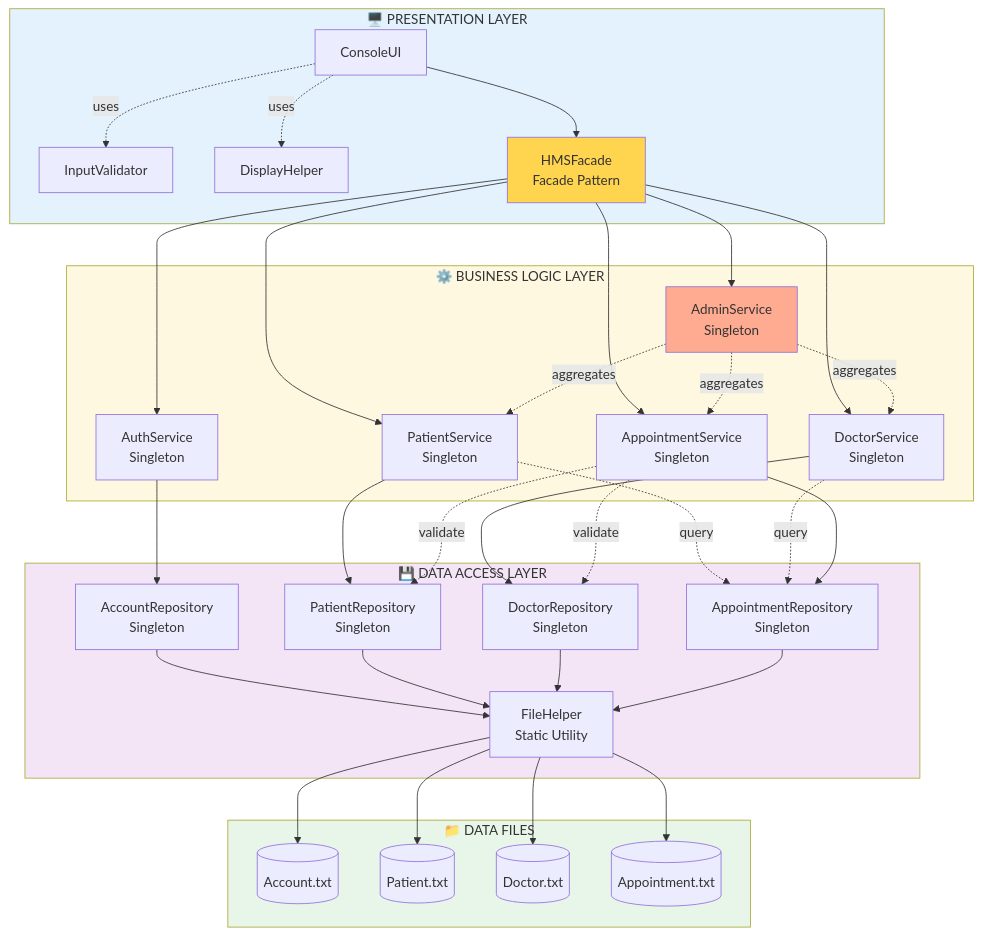
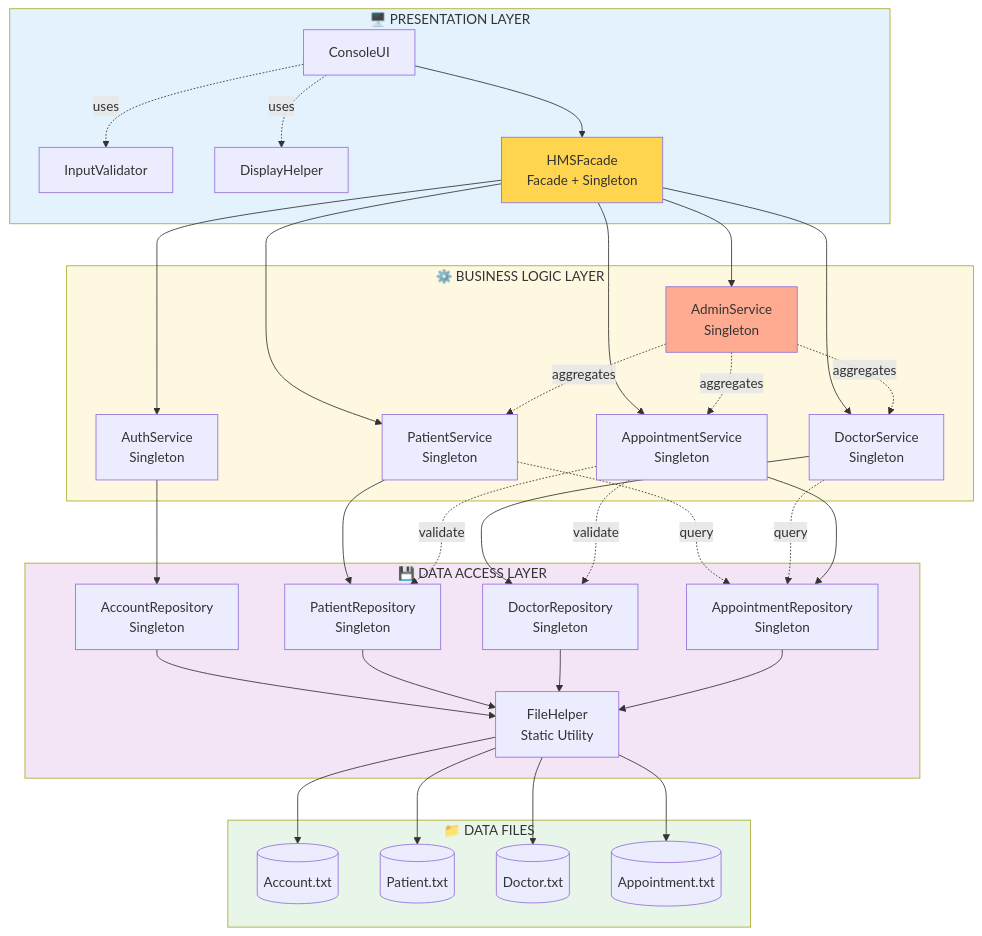
The diagram in docs/diagrams/architecture-overview.md (Zed-28-01/Hospital_Management_Project), drawn with Mermaid before and after one commit. The commit also changed other lines of this file and 2 other files, not shown here.

````diff
--- a/docs/diagrams/architecture-overview.md
+++ b/docs/diagrams/architecture-overview.md
@@ -10,82 +10,82 @@
 ```mermaid
 graph TB
     subgraph UI["🖥️ PRESENTATION LAYER"]
         ConsoleUI[ConsoleUI]
         InputValidator[InputValidator]
         DisplayHelper[DisplayHelper]
 
         ConsoleUI -.uses.-> InputValidator
         ConsoleUI -.uses.-> DisplayHelper
 
-        Facade[HMSFacade<br/>Facade Pattern]
+        Facade[HMSFacade<br/>Facade + Singleton]
         ConsoleUI --> Facade
     end
 
     subgraph BLL["⚙️ BUSINESS LOGIC LAYER"]
         AuthService[AuthService<br/>Singleton]
         PatientService[PatientService<br/>Singleton]
         DoctorService[DoctorService<br/>Singleton]
         AppointmentService[AppointmentService<br/>Singleton]
         AdminService[AdminService<br/>Singleton]
     end
 
     subgraph DAL["💾 DATA ACCESS LAYER"]
         AccountRepo[AccountRepository<br/>Singleton]
         PatientRepo[PatientRepository<br/>Singleton]
         DoctorRepo[DoctorRepository<br/>Singleton]
         AppointmentRepo[AppointmentRepository<br/>Singleton]
 
         FileHelper[FileHelper<br/>Static Utility]
     end
 
     subgraph Files["📁 DATA FILES"]
         AccountTxt[(Account.txt)]
         PatientTxt[(Patient.txt)]
         DoctorTxt[(Doctor.txt)]
         AppointmentTxt[(Appointment.txt)]
     end
 
     %% Facade to Services
     Facade --> AuthService
     Facade --> PatientService
     Facade --> DoctorService
     Facade --> AppointmentService
     Facade --> AdminService
 
     %% Services to Repos (chỉ hiển thị main connections)
     AuthService --> AccountRepo
 
     PatientService --> PatientRepo
     PatientService -.query.-> AppointmentRepo
 
     DoctorService --> DoctorRepo
     DoctorService -.query.-> AppointmentRepo
 
     AppointmentService --> AppointmentRepo
     AppointmentService -.validate.-> PatientRepo
     AppointmentService -.validate.-> DoctorRepo
 
     AdminService -.aggregates.-> PatientService
     AdminService -.aggregates.-> DoctorService
     AdminService -.aggregates.-> AppointmentService
 
     %% Repos to FileHelper
     AccountRepo --> FileHelper
     PatientRepo --> FileHelper
     DoctorRepo --> FileHelper
     AppointmentRepo --> FileHelper
 
     %% FileHelper to Files
     FileHelper --> AccountTxt
     FileHelper --> PatientTxt
     FileHelper --> DoctorTxt
     FileHelper --> AppointmentTxt
 
     style UI fill:#e3f2fd
     style BLL fill:#fff8e1
     style DAL fill:#f3e5f5
     style Files fill:#e8f5e9
 
     style Facade fill:#ffd54f
     style AdminService fill:#ffab91
 ```
````
